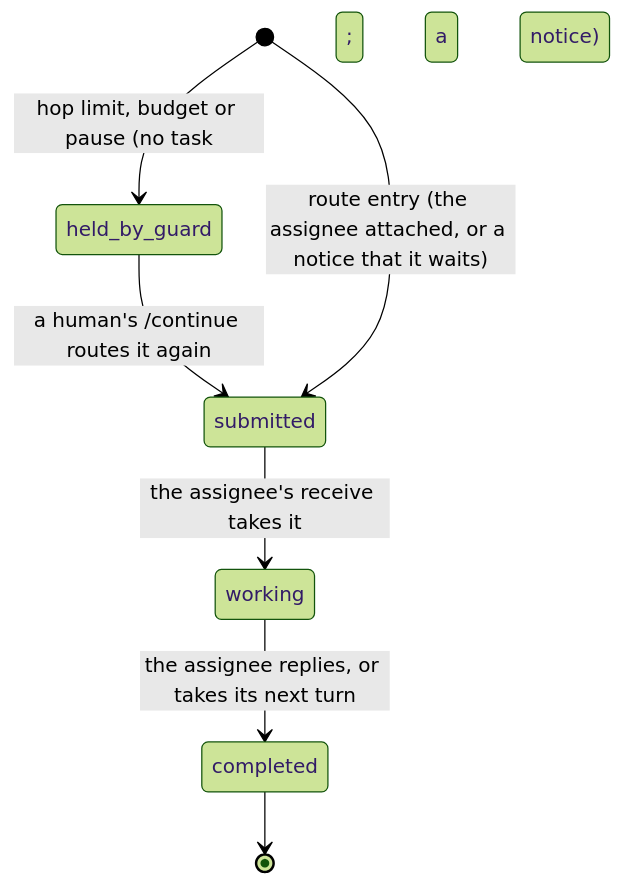
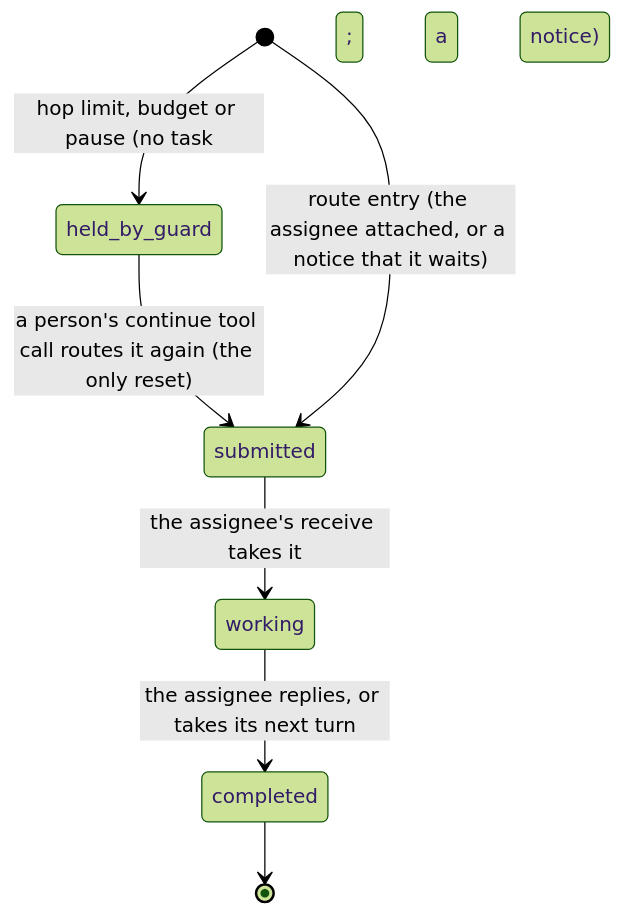
One commit to nabil-becker/devcontainer-features changed the seventh of 11 diagrams in docs/architecture/lifecycles.md. Above: the diagram before and after it, drawn with Mermaid (forest theme). The commit also changed other lines of this file and 28 other files, not shown here.

First line of the commit message:
feat(facilitator): MCP only, a person attaches over MCP (facilitator 0.2.0, facilitator-mcp-only)

````diff
--- a/docs/architecture/lifecycles.md
+++ b/docs/architecture/lifecycles.md
@@ -130,9 +132,9 @@
 ```mermaid
 stateDiagram-v2
   [*] --> held_by_guard: hop limit, budget or pause (no task; a notice)
-  held_by_guard --> submitted: a human's /continue routes it again
+  held_by_guard --> submitted: a person's continue tool call routes it again (the only reset)
   [*] --> submitted: route entry (the assignee attached, or a notice that it waits)
   submitted --> working: the assignee's receive takes it
   working --> completed: the assignee replies, or takes its next turn
   completed --> [*]
 ```
````
